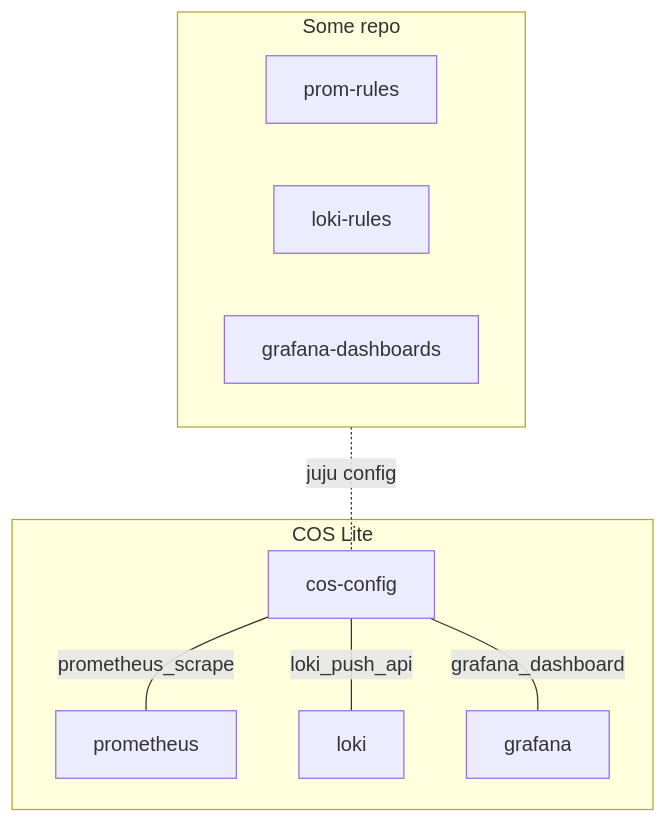
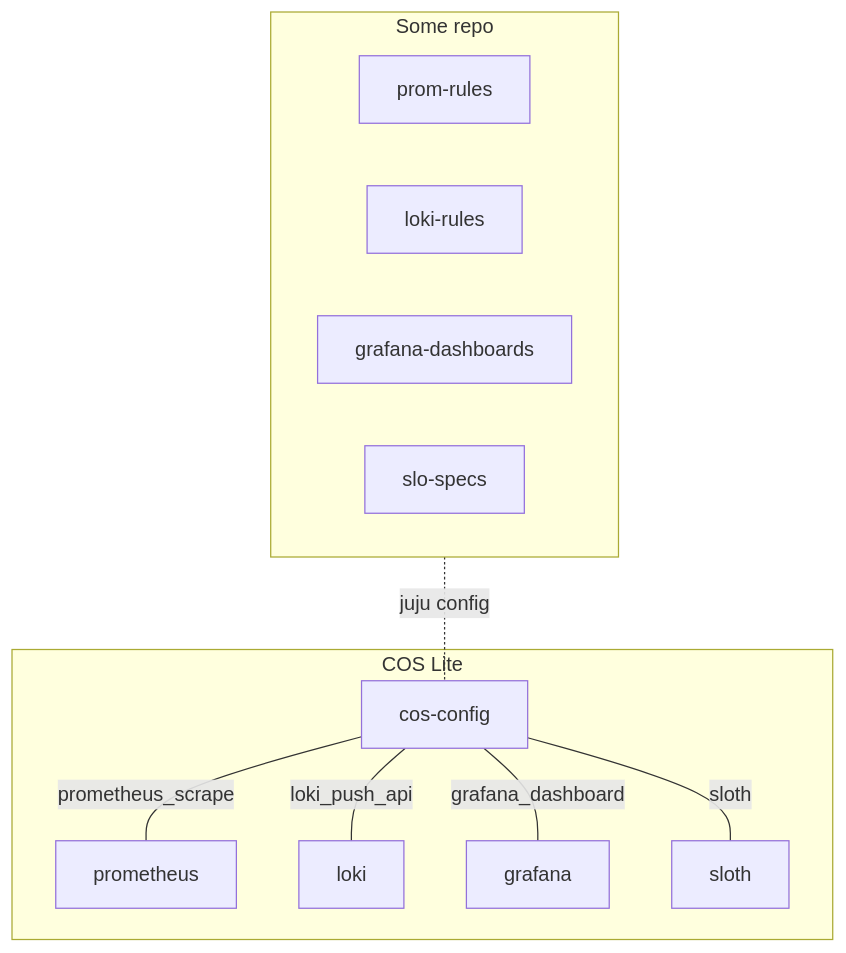
One commit to canonical/cos-configuration-k8s-operator changed the diagram in INTEGRATING.md. Above: the diagram before and after it, drawn with Mermaid. The commit also changed 10 other files, not shown here.

First line of the commit message:
feat: Add SLO support for sloth-k8s-operator integration (#151)

````diff
--- a/INTEGRATING.md
+++ b/INTEGRATING.md
@@ -5,21 +5,24 @@
 ```mermaid
 flowchart TD
   subgraph repo [Some repo]
     prom-rules
     loki-rules
     grafana-dashboards
+    slo-specs
   end
 
   repo -.-|juju config| cos-config
 
   subgraph COS Lite
     cos-config ---|prometheus_scrape| prometheus
     cos-config ---|loki_push_api| loki
     cos-config ---|grafana_dashboard| grafana
+    cos-config ---|sloth| sloth
   end
 
   click prometheus https://github.com/canonical/prometheus-k8s-operator/
   click loki https://github.com/canonical/loki-k8s-operator/
   click grafana https://github.com/canonical/grafana-k8s-operator/
+  click sloth https://github.com/canonical/sloth-k8s-operator/
   click prometheus-scrape-config https://github.com/canonical/prometheus-scrape-config-k8s-operator/
 ```
````
